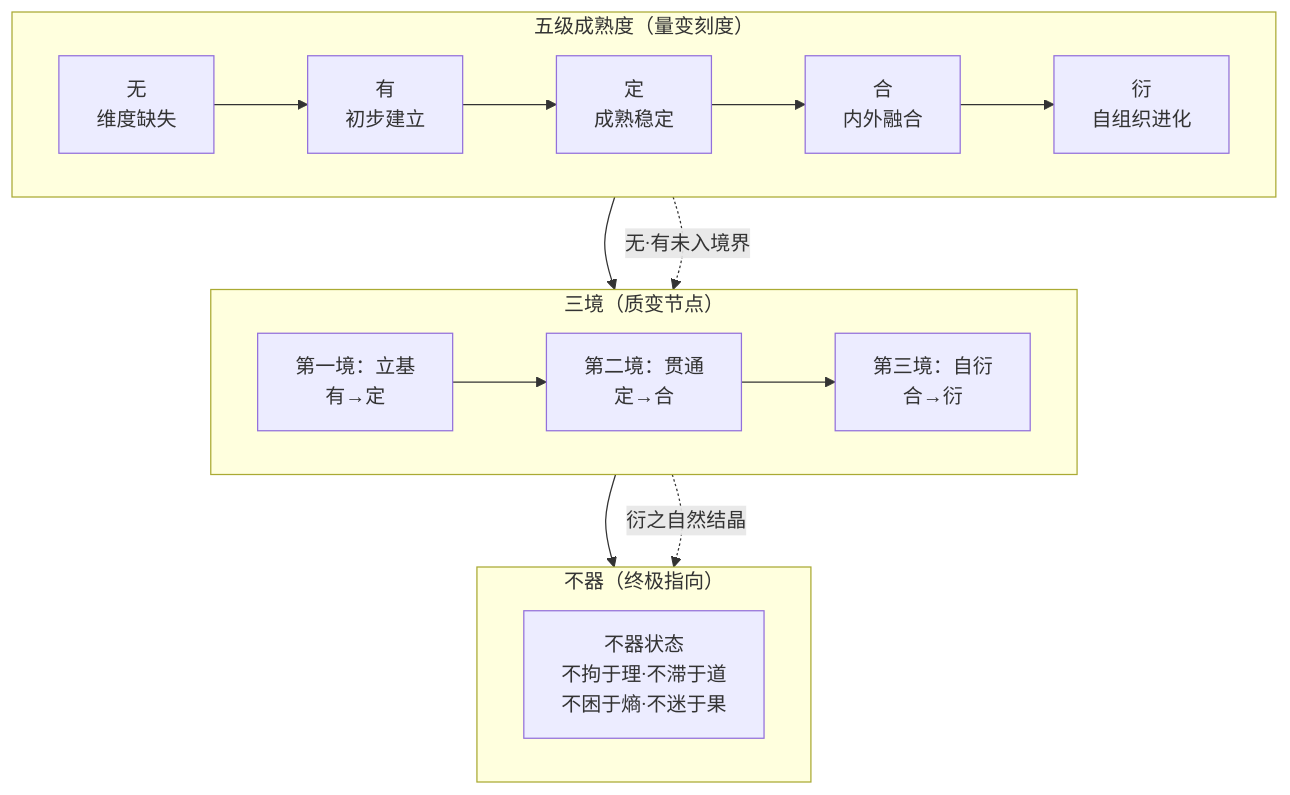
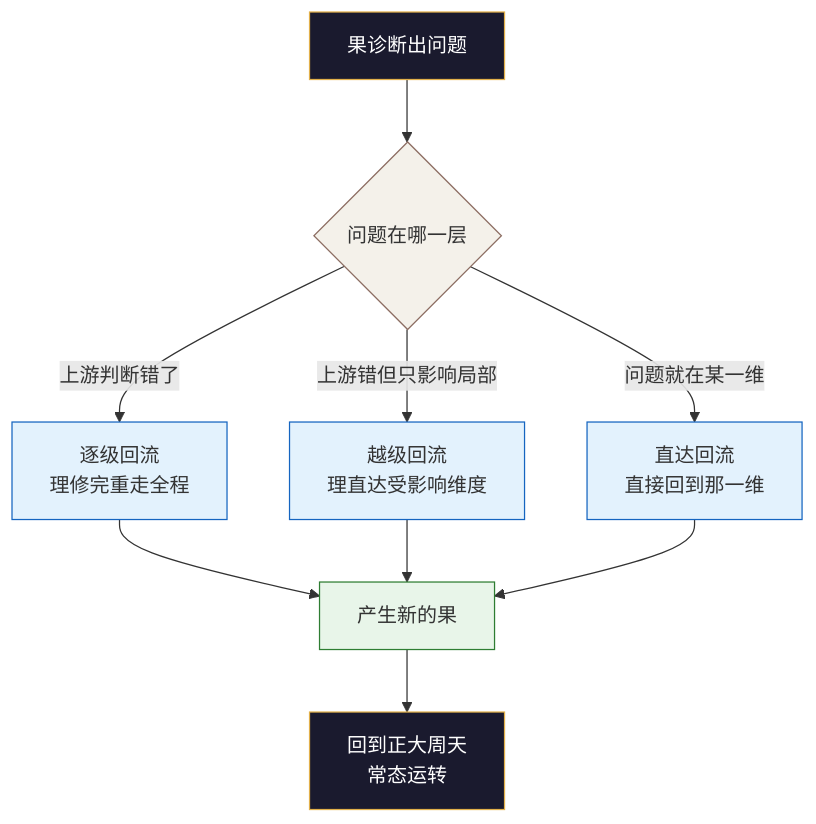
One commit to KehulaZhu/fltd_common changed the diagram in Chapter12.md. Above: the diagram before and after it, drawn with Mermaid. The commit also changed other lines of this file, not shown here.

````diff
--- a/Chapter12.md
+++ b/Chapter12.md
@@ -64,26 +260,18 @@
 ```mermaid
-flowchart TD
-    subgraph 五级成熟度[五级成熟度（量变刻度）]
-        direction LR
-        A[无<br>维度缺失] --> B[有<br>初步建立]
-        B --> C[定<br>成熟稳定]
-        C --> D[合<br>内外融合]
-        D --> E[衍<br>自组织进化]
-    end
-
-    subgraph 三境[三境（质变节点）]
-        direction LR
-        F[第一境：立基<br>有→定] --> G[第二境：贯通<br>定→合]
-        G --> H[第三境：自衍<br>合→衍]
-    end
-
-    subgraph 不器[不器（终极指向）]
-        I[不器状态<br>不拘于理·不滞于道<br>不困于熵·不迷于果]
-    end
-
-    五级成熟度 --> 三境
-    三境 --> 不器
-
-    五级成熟度 -.-> |无·有未入境界| 三境
-    三境 -.-> |衍之自然结晶| 不器
+graph TD
+  A[果诊断出问题] --> B{问题在哪一层}
+  B -->|上游判断错了| C[逐级回流<br>理修完重走全程]
+  B -->|上游错但只影响局部| D[越级回流<br>理直达受影响维度]
+  B -->|问题就在某一维| E[直达回流<br>直接回到那一维]
+  C --> F[产生新的果]
+  D --> F
+  E --> F
+  F --> G[回到正大周天<br>常态运转]
+  style A fill:#1a1a2e,color:#ffffff,stroke:#e2b04a
+  style B fill:#f4f1ea,stroke:#8d6e63
+  style C fill:#e3f2fd,stroke:#1565c0
+  style D fill:#e3f2fd,stroke:#1565c0
+  style E fill:#e3f2fd,stroke:#1565c0
+  style F fill:#e8f5e9,stroke:#2e7d32
+  style G fill:#1a1a2e,color:#ffffff,stroke:#e2b04a
 ```
````
